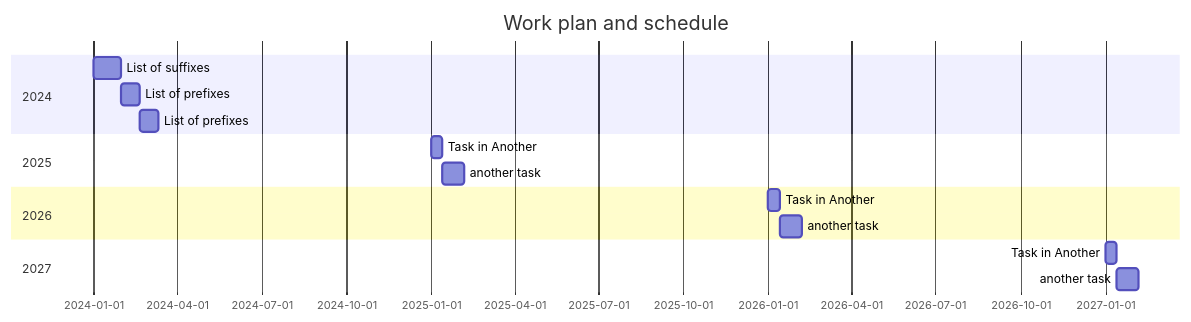
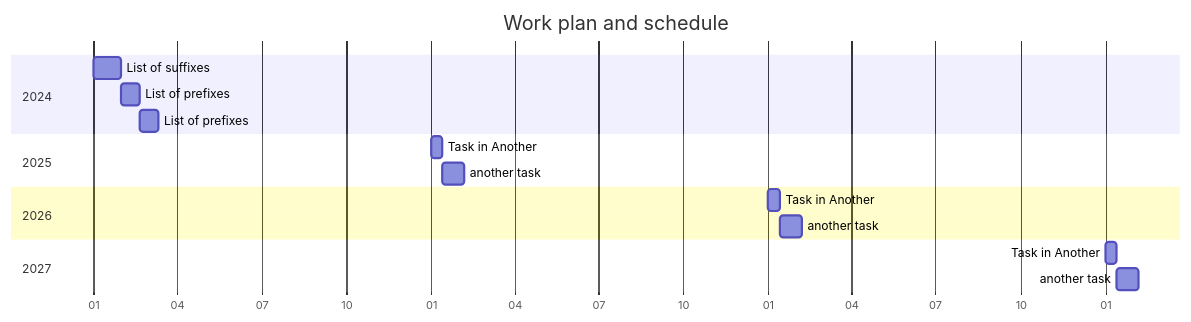
The diagram in Progress.md (pajaro1966/GreekWordFormation), drawn with Mermaid before and after one commit. The commit also changed other lines of this file, not shown here.

````diff
--- a/Progress.md
+++ b/Progress.md
@@ -20,24 +20,25 @@
 ```mermaid
 gantt
     title Work plan and schedule
     dateFormat DD-MM-YYYY
+    axisFormat %m
 
-    section 2024
+section 2024
         List of suffixes          :a1, 01-01-2024, 30d
         List of prefixes    :a2, after a1, 20d
         List of prefixes    :after a2, 20d
 section 2025
         Task in Another :01-01-2025, 12d
         another task    :24d
 
 section 2026
 
         Task in Another :01-01-2026, 12d
         another task    :24d
 
 section 2027
 
         Task in Another :01-01-2027, 12d
         another task    :24d
 
 ```
````
